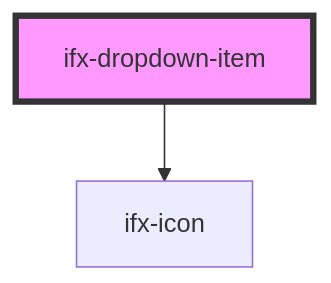
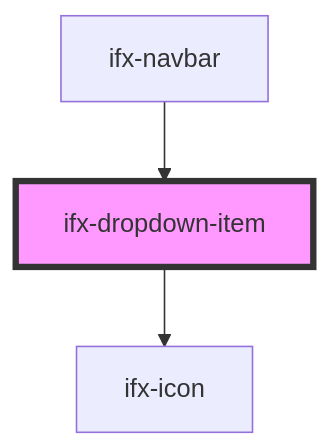
The diagram in src/components/dropdown-item/readme.md (Infineon/infineon-design-system-stencil), drawn with Mermaid before and after one commit. The commit also changed other lines of this file and 19 other files, not shown here.

````diff
--- a/src/components/dropdown-item/readme.md
+++ b/src/components/dropdown-item/readme.md
@@ -26,5 +30,6 @@
 ```mermaid
 graph TD;
   ifx-dropdown-item --> ifx-icon
+  ifx-navbar --> ifx-dropdown-item
   style ifx-dropdown-item fill:#f9f,stroke:#333,stroke-width:4px
 ```
````
